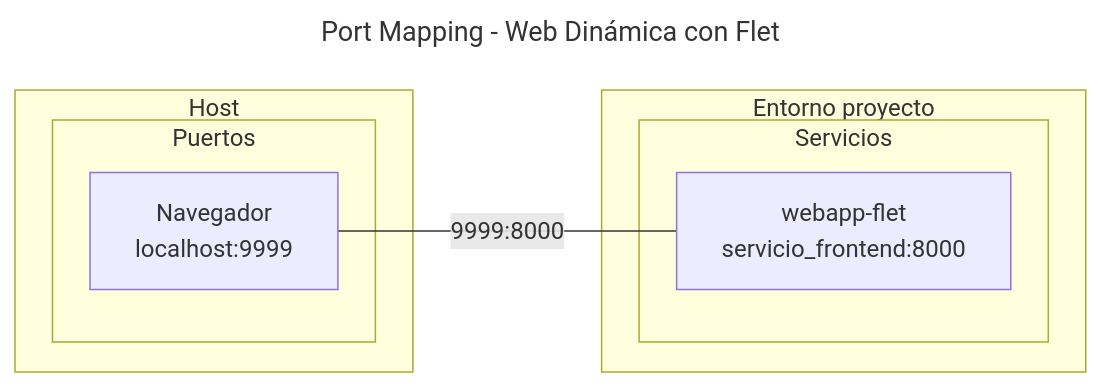
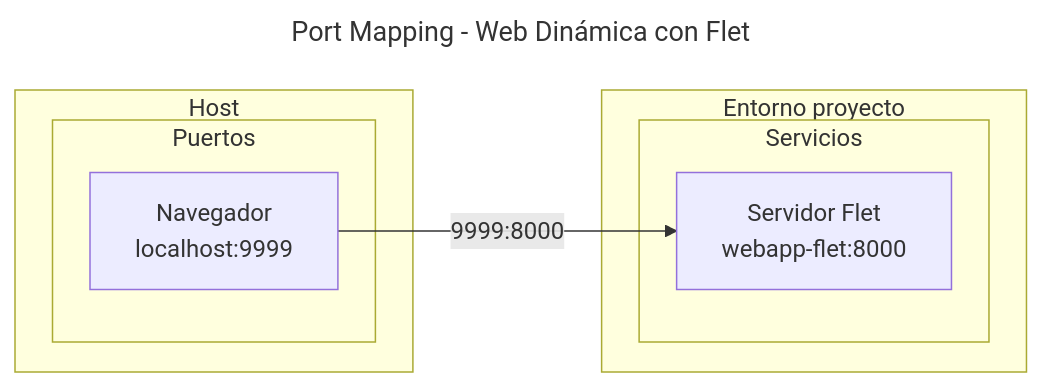
The second of 2 diagrams in docs/contenedores/puertos.md (alejrot/python-docs), drawn with Mermaid before and after one commit. The commit also changed other lines of this file and 3 other files, not shown here.

````diff
--- a/docs/contenedores/puertos.md
+++ b/docs/contenedores/puertos.md
@@ -159,24 +159,24 @@
 ```mermaid
 ---
 title: "Port Mapping - Web Dinámica con Flet"
 ---
 flowchart LR
 
     subgraph proyecto [Entorno proyecto]
 
         subgraph services [Servicios]
-        front["`webapp-flet 
-            servicio_frontend:8000`"]
+        front["`Servidor Flet
+            webapp-flet:8000`"]
         end
 
 
     end
     subgraph host [Host]
         subgraph ports [Puertos]
             port1["`Navegador
             localhost:9999`"]
         end
     end
 
-    port1 ---|9999:8000| front
+    port1 -->|9999:8000| front
 ```
````
